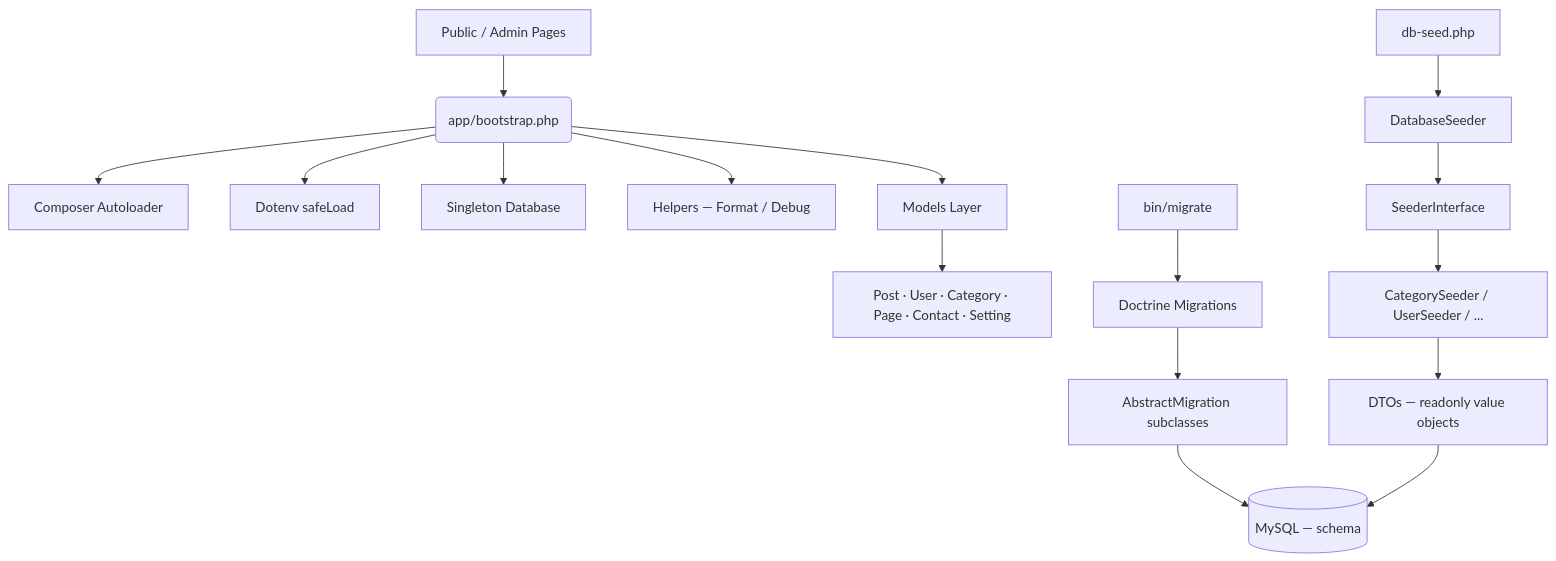
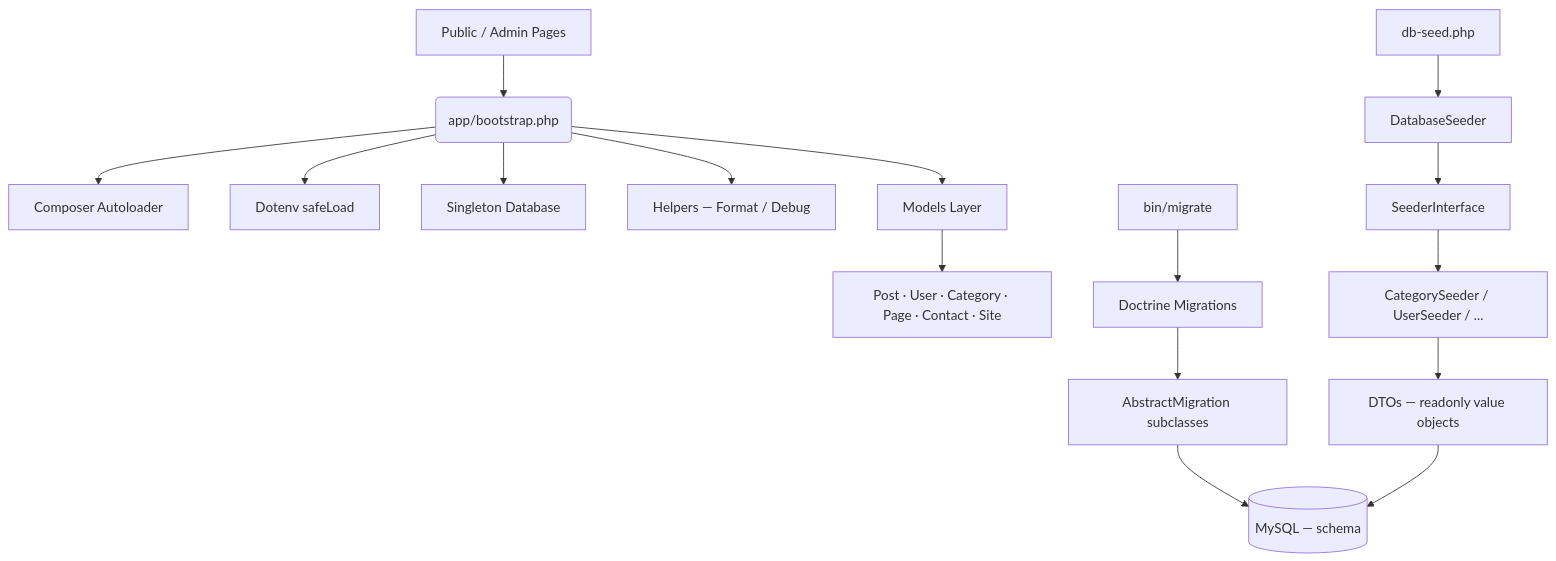
One commit to mhannan-dev/php-blog changed the first of 2 diagrams in README.md. Above: the diagram before and after it, drawn with Mermaid. The commit also changed other lines of this file and 10 other files, not shown here.

````diff
--- a/README.md
+++ b/README.md
@@ -52,20 +52,20 @@
 ```mermaid
 graph TD
     A[Public / Admin Pages] --> B(app/bootstrap.php)
     B --> C[Composer Autoloader]
     B --> D[Dotenv safeLoad]
     B --> E[Singleton Database]
     B --> F[Helpers — Format / Debug]
     B --> G[Models Layer]
-    G --> H[Post · User · Category · Page · Contact · Setting]
+    G --> H[Post · User · Category · Page · Contact · Site]
 
     CLI1[bin/migrate] --> I[Doctrine Migrations]
     I --> J[AbstractMigration subclasses]
     J --> K[(MySQL — schema)]
 
     CLI2[db-seed.php] --> L[DatabaseSeeder]
     L --> M[SeederInterface]
     M --> N[CategorySeeder / UserSeeder / ...]
     N --> O[DTOs — readonly value objects]
     O --> K
 ```
````
